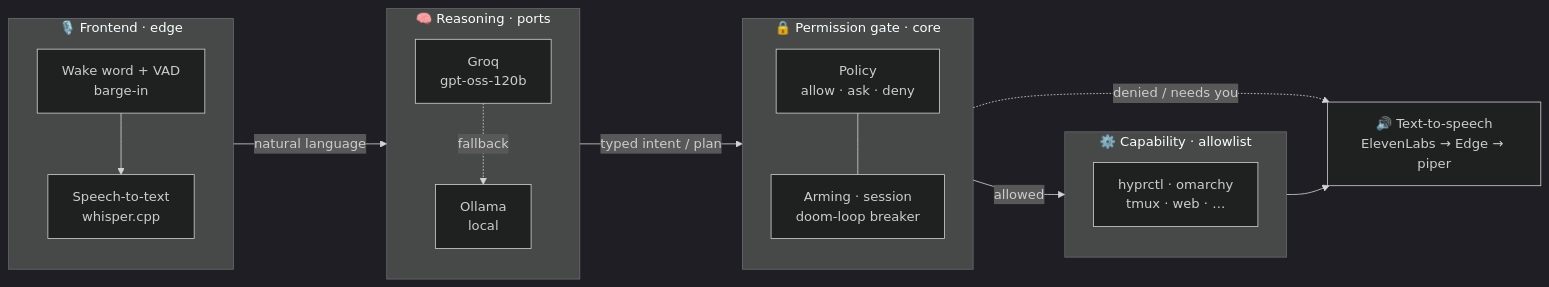
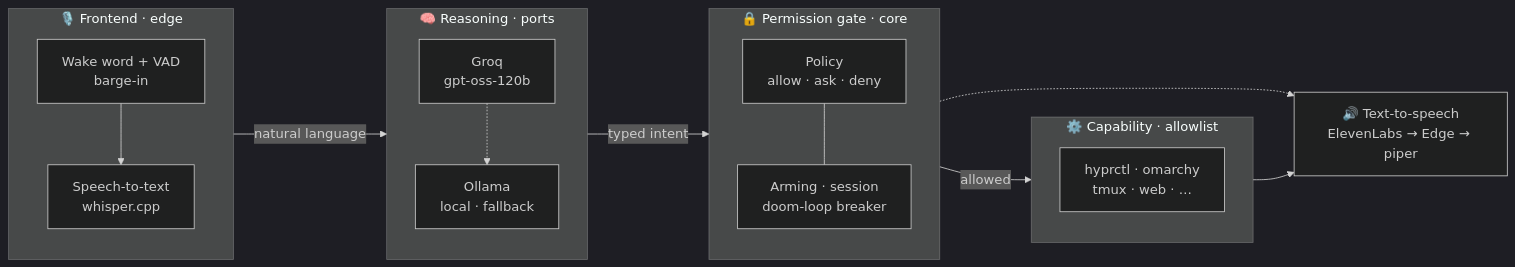
One commit to xebastian153/hyprvalet changed the first of 3 diagrams in README.md. Above: the diagram before and after it, drawn with Mermaid (dark theme). The commit also changed other lines of this file and 1 other file, not shown here.

Commit message:
docs(readme): use render-safe Mermaid edge syntax
Validated the diagrams against a Mermaid renderer: dotted-labeled edges
(`-. "x" .->`) and HTML `<i>` in node labels can fail to render. Replaced
them with solid labeled edges, plain dotted edges, and node-baked labels
so all three diagrams render cleanly on GitHub in both languages.

````diff
--- a/README.md
+++ b/README.md
@@ -46,28 +46,28 @@
 ```mermaid
 flowchart LR
     subgraph FE["🎙️ Frontend · edge"]
         direction TB
         WW["Wake word + VAD<br/>barge-in"] --> STT["Speech-to-text<br/>whisper.cpp"]
     end
 
     subgraph BR["🧠 Reasoning · ports"]
         direction TB
-        GQ["Groq<br/>gpt-oss-120b"] -. "fallback" .-> OL["Ollama<br/>local"]
+        GQ["Groq<br/>gpt-oss-120b"] -.-> OL["Ollama<br/>local · fallback"]
     end
 
     subgraph GT["🔒 Permission gate · core"]
         direction TB
         PO["Policy<br/>allow · ask · deny"] --- AR["Arming · session<br/>doom-loop breaker"]
     end
 
     subgraph EX["⚙️ Capability · allowlist"]
         direction TB
         CA["hyprctl · omarchy<br/>tmux · web · …"]
     end
 
-    STT -->|"natural language"| BR
-    BR -->|"typed intent / plan"| GT
-    GT -->|"allowed"| EX
-    GT -. "denied / needs you" .-> TTS
+    STT -->|natural language| BR
+    BR -->|typed intent| GT
+    GT -->|allowed| EX
+    GT -.-> TTS
     EX --> TTS["🔊 Text-to-speech<br/>ElevenLabs → Edge → piper"]
 ```
````
